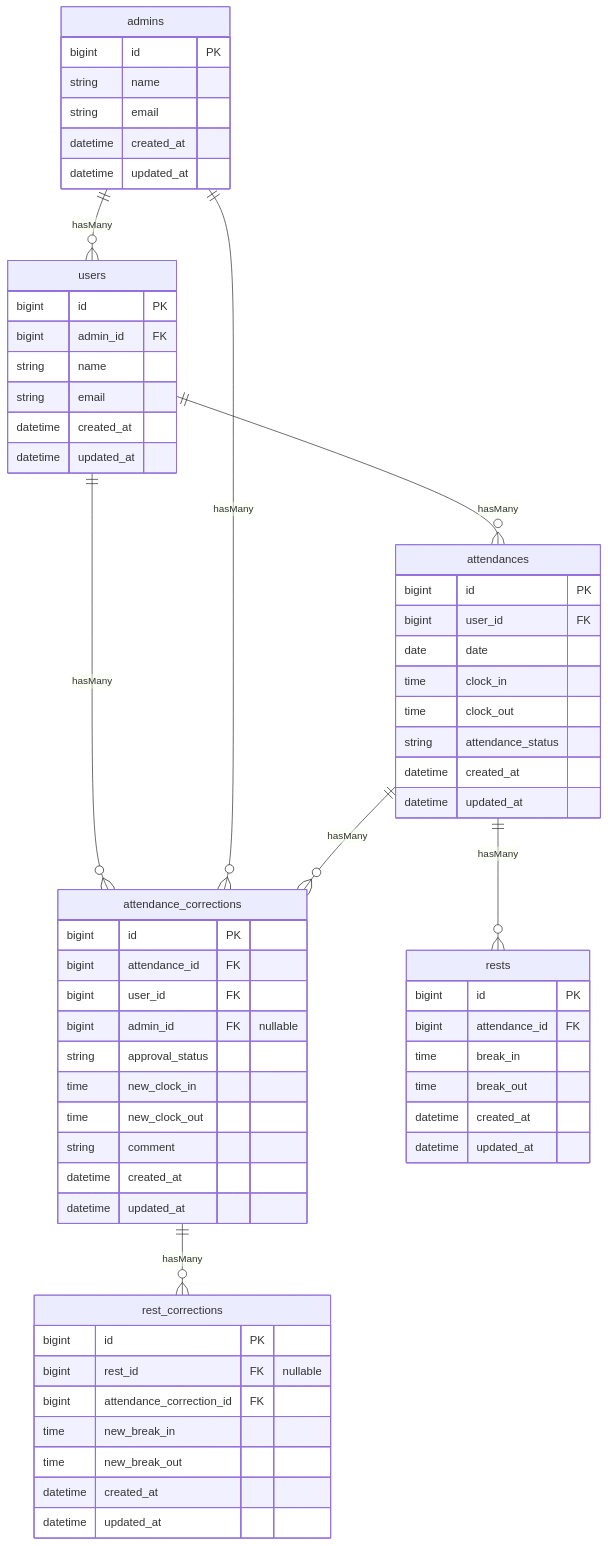
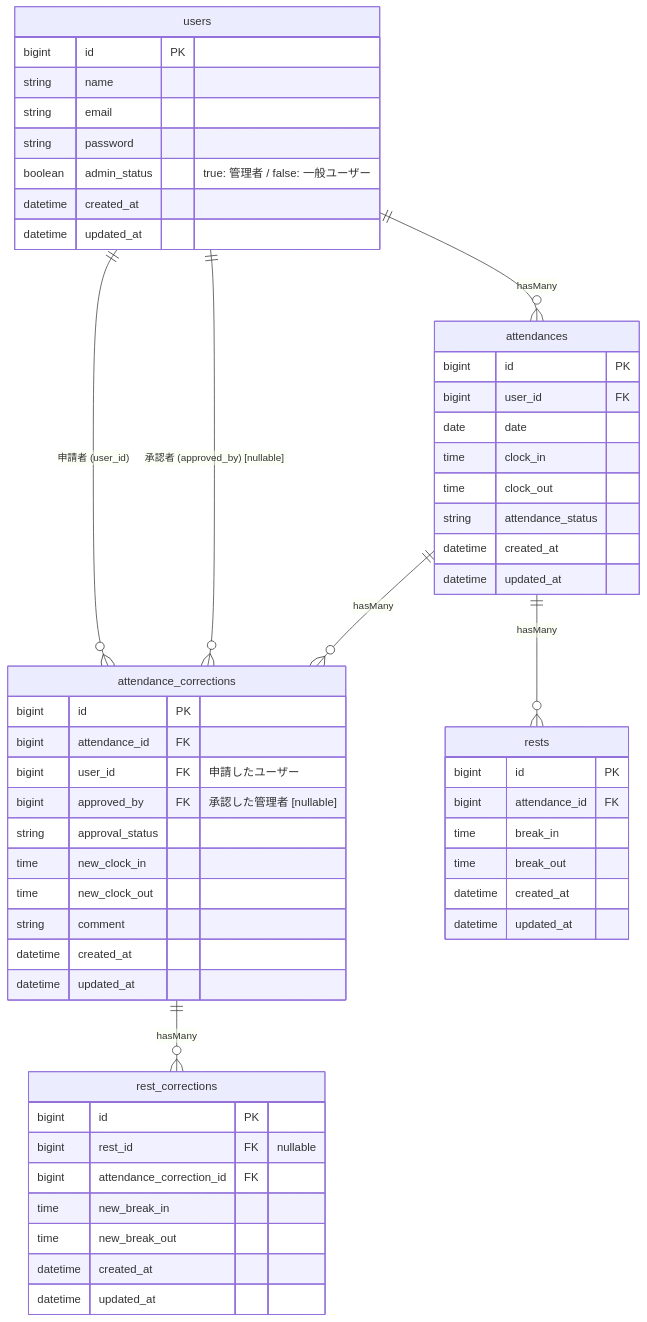
Before and after one commit to yuna-genma/attendance-app: the diagram in README.md, drawn with Mermaid. The commit also changed 33 other files, not shown here.

````diff
--- a/README.md
+++ b/README.md
@@ -9,74 +9,65 @@
 ```mermaid
     erDiagram
 
     users ||--o{ attendances : "hasMany"
-    users ||--o{ attendance_corrections : "hasMany"
-
-    admins ||--o{ attendance_corrections : "hasMany"
-    admins ||--o{ users : "hasMany"
+    users ||--o{ attendance_corrections : "申請者 (user_id)"
+    users ||--o{ attendance_corrections : "承認者 (approved_by) [nullable]"
 
     attendances ||--o{ rests : "hasMany"
     attendances ||--o{ attendance_corrections : "hasMany"
 
     attendance_corrections ||--o{ rest_corrections : "hasMany"
 
-    admins {
+    users {
         bigint id PK
         string name
         string email
-        datetime created_at
-        datetime updated_at
-    }
-
-    users {
-        bigint id PK
-        bigint admin_id FK
-        string name
-        string email
+        string password
+        boolean admin_status "true: 管理者 / false: 一般ユーザー"
         datetime created_at
         datetime updated_at
     }
 
     attendances {
         bigint id PK
         bigint user_id FK
         date date
         time clock_in
         time clock_out
         string attendance_status
         datetime created_at
         datetime updated_at
     }
 
     rests {
         bigint id PK
         bigint attendance_id FK
         time break_in
         time break_out
         datetime created_at
         datetime updated_at
     }
 
     attendance_corrections {
         bigint id PK
         bigint attendance_id FK
-        bigint user_id FK
-        bigint admin_id FK "nullable"
+        bigint user_id FK "申請したユーザー"
+        bigint approved_by FK "承認した管理者 [nullable]"
         string approval_status
         time new_clock_in
         time new_clock_out
         string comment
         datetime created_at
         datetime updated_at
     }
 
     rest_corrections {
         bigint id PK
         bigint rest_id FK "nullable"
         bigint attendance_correction_id FK
         time new_break_in
         time new_break_out
         datetime created_at
         datetime updated_at
     }
 ```
````
